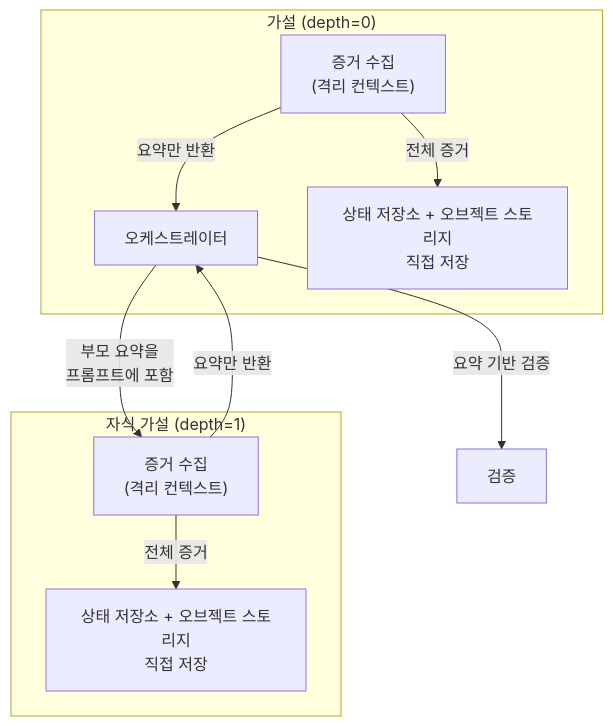
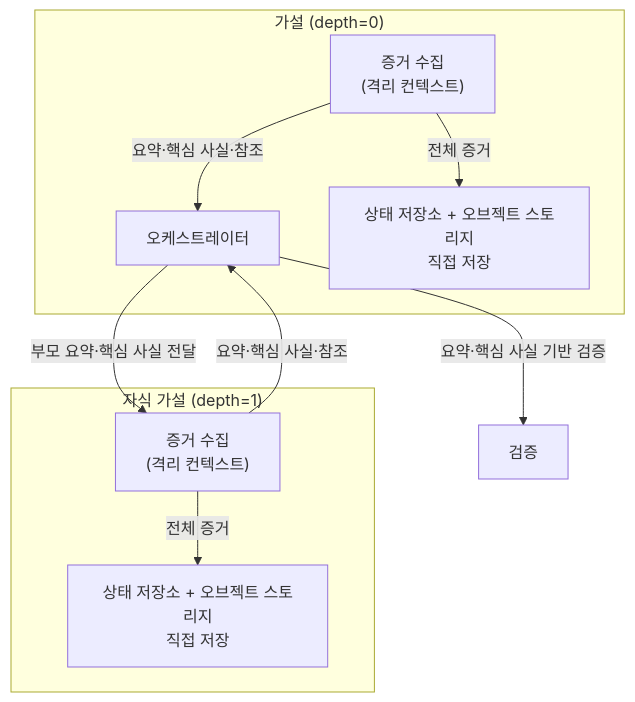
The first of 2 diagrams in docs/adr/agent/0014-hierarchical-evidence-session-isolation.md (haandol/rca-agent), drawn with Mermaid before and after one commit. The commit also changed other lines of this file and 238 other files, not shown here.

````diff
--- a/docs/adr/agent/0014-hierarchical-evidence-session-isolation.md
+++ b/docs/adr/agent/0014-hierarchical-evidence-session-isolation.md
@@ -50,19 +50,19 @@
 ```mermaid
 flowchart TD
     Orch["오케스트레이터"]
 
     subgraph H1["가설 (depth=0)"]
         EA1["증거 수집\n(격리 컨텍스트)"]
         EA1 -- "전체 증거" --> STORE1["상태 저장소 + 오브젝트 스토리지\n직접 저장"]
-        EA1 -- "요약만 반환" --> Orch
+        EA1 -- "요약·핵심 사실·참조" --> Orch
     end
 
     subgraph H1A["자식 가설 (depth=1)"]
         EA1A["증거 수집\n(격리 컨텍스트)"]
         EA1A -- "전체 증거" --> STORE2["상태 저장소 + 오브젝트 스토리지\n직접 저장"]
-        EA1A -- "요약만 반환" --> Orch
+        EA1A -- "요약·핵심 사실·참조" --> Orch
     end
 
-    Orch -- "부모 요약을\n프롬프트에 포함" --> EA1A
-    Orch -- "요약 기반 검증" --> Val["검증"]
+    Orch -- "부모 요약·핵심 사실 전달" --> EA1A
+    Orch -- "요약·핵심 사실 기반 검증" --> Val["검증"]
 ```
````
